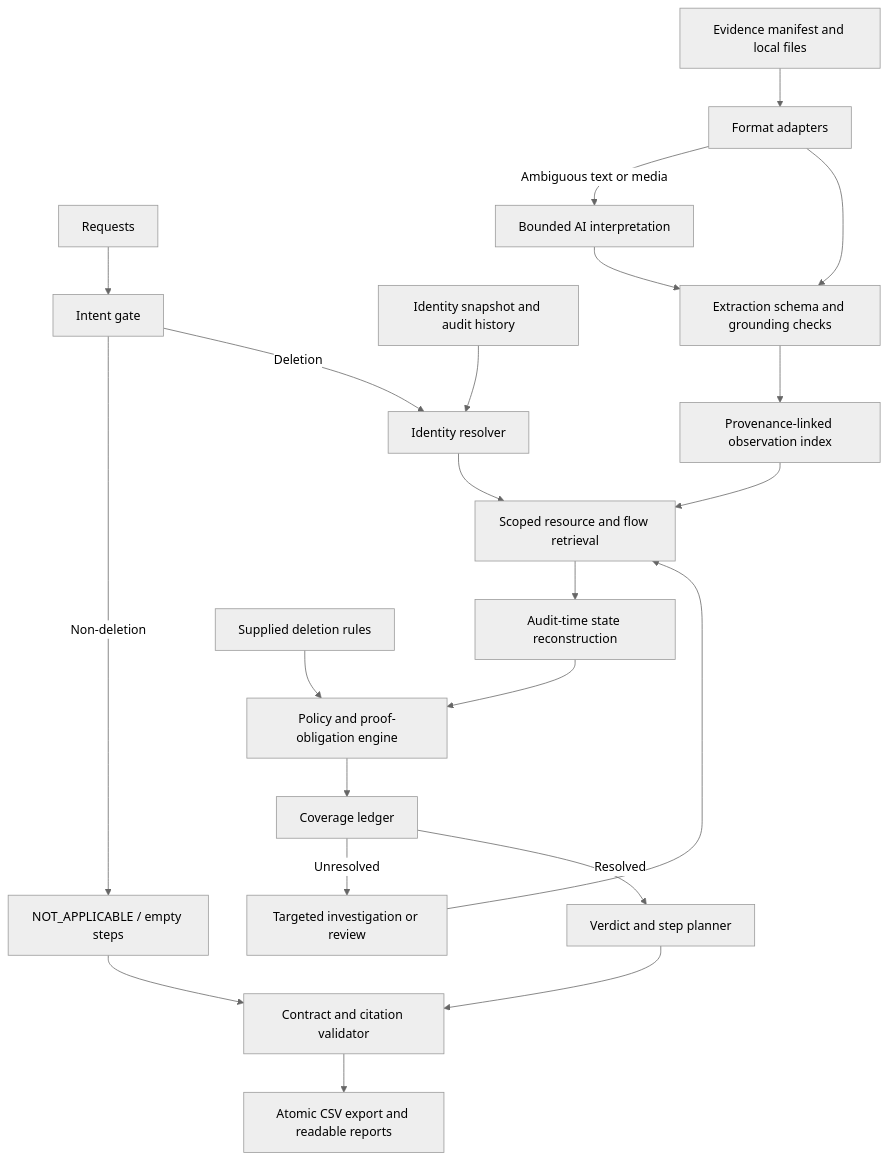
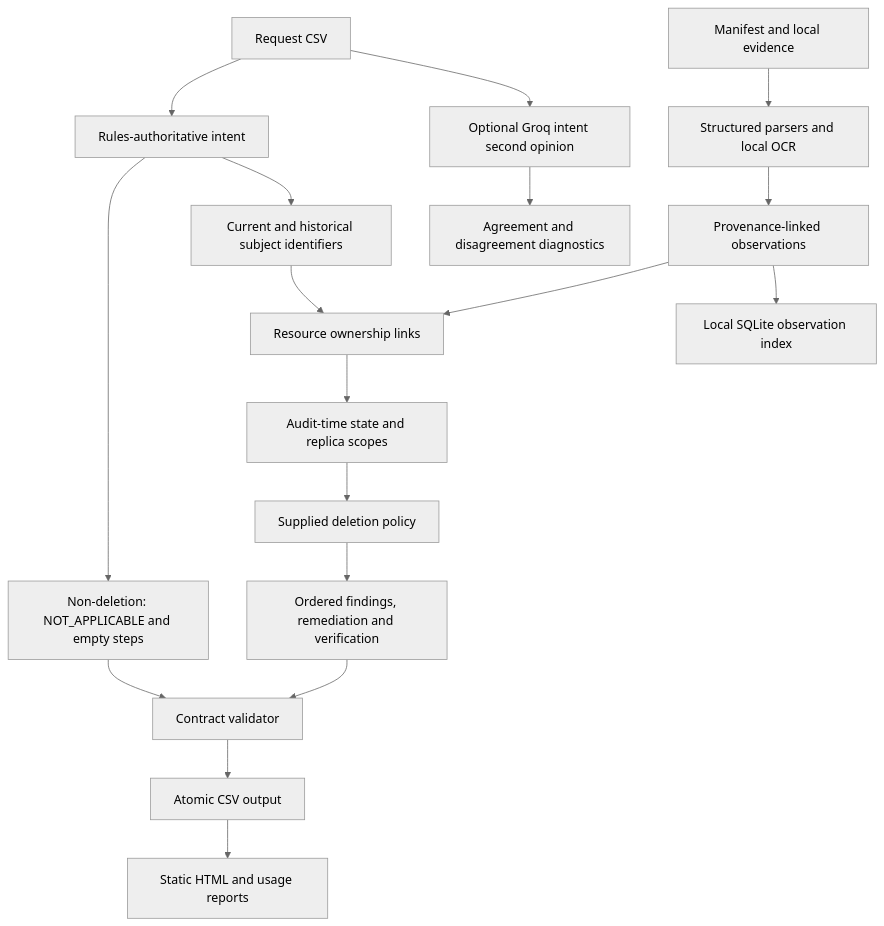
The diagram in code/SYSTEM_ARCHITECTURE.md (divyatej1976/hackerrank-orchestrate-october26), drawn with Mermaid (neutral theme) before and after one commit. The commit also changed other lines of this file and 24 other files, not shown here.

Commit message:
feat: add Groq intent review and finalize tested submission package

````diff
--- a/code/SYSTEM_ARCHITECTURE.md
+++ b/code/SYSTEM_ARCHITECTURE.md
@@ -13,24 +12,20 @@
 ```mermaid
 flowchart TD
-    A[Requests] --> B[Intent gate]
-    B -->|Non-deletion| N[NOT_APPLICABLE / empty steps]
-    B -->|Deletion| C[Identity resolver]
-    I[Identity snapshot and audit history] --> C
-    E[Evidence manifest and local files] --> F[Format adapters]
-    F -->|Ambiguous text or media| M[Bounded AI interpretation]
-    M --> V[Extraction schema and grounding checks]
-    F --> V
-    V --> O[Provenance-linked observation index]
-    C --> R[Scoped resource and flow retrieval]
-    O --> R
-    R --> T[Audit-time state reconstruction]
-    P[Supplied deletion rules] --> K[Policy and proof-obligation engine]
-    T --> K
-    K --> L[Coverage ledger]
-    L -->|Unresolved| U[Targeted investigation or review]
-    U --> R
-    L -->|Resolved| D[Verdict and step planner]
-    D --> Q[Contract and citation validator]
-    N --> Q
-    Q --> X[Atomic CSV export and readable reports]
+    R[Request CSV] --> I[Rules-authoritative intent]
+    R --> G[Optional Groq intent second opinion]
+    G --> D[Agreement and disagreement diagnostics]
+    I --> N[Non-deletion: NOT_APPLICABLE and empty steps]
+    I --> S[Current and historical subject identifiers]
+    F[Manifest and local evidence] --> P[Structured parsers and local OCR]
+    P --> O[Provenance-linked observations]
+    S --> W[Resource ownership links]
+    O --> W
+    W --> T[Audit-time state and replica scopes]
+    T --> K[Supplied deletion policy]
+    K --> A[Ordered findings, remediation and verification]
+    N --> V[Contract validator]
+    A --> V
+    V --> C[Atomic CSV output]
+    O --> X[Local SQLite observation index]
+    C --> H[Static HTML and usage reports]
 ```
````
